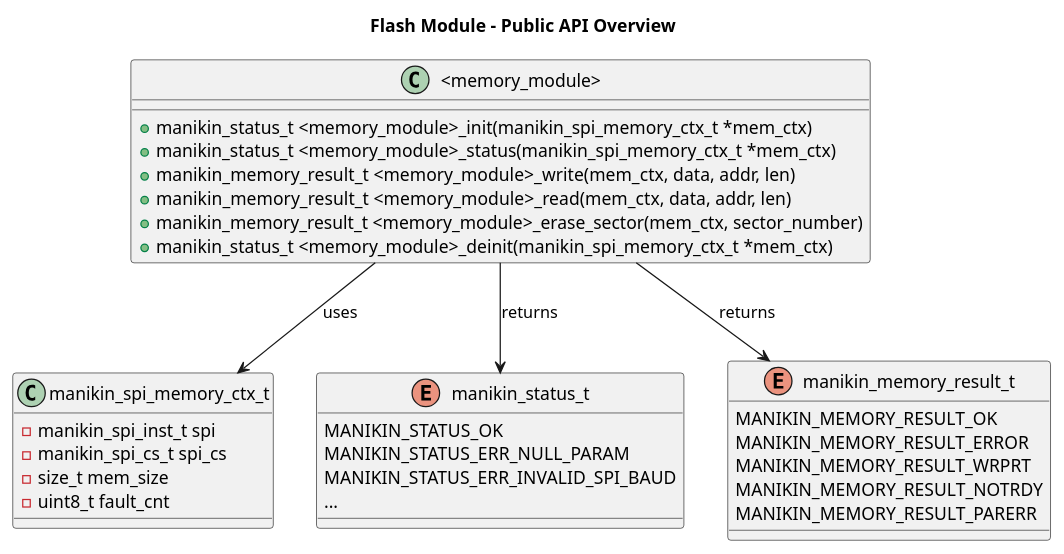
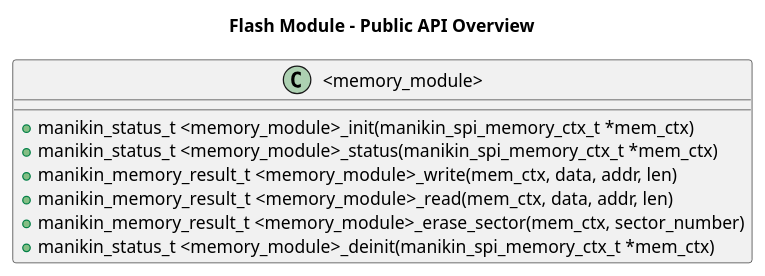
Before and after one commit to RobotPatient/Manikin_Software_Libraries_V3: the diagram in docs/assets/memory_module_api_overview.iuml, drawn with PlantUML. The commit also changed 2 other files, not shown here.

Commit message:
remove types from class diagram

```diff
--- a/docs/assets/memory_module_api_overview.iuml
+++ b/docs/assets/memory_module_api_overview.iuml
@@ -1,43 +1,16 @@
 @startuml
 title Flash Module - Public API Overview
 
 ' --- Flash Module API Class ---
 class "<memory_module>" {
   +manikin_status_t <memory_module>_init(manikin_spi_memory_ctx_t *mem_ctx)
   +manikin_status_t <memory_module>_status(manikin_spi_memory_ctx_t *mem_ctx)
   +manikin_memory_result_t <memory_module>_write(mem_ctx, data, addr, len)
   +manikin_memory_result_t <memory_module>_read(mem_ctx, data, addr, len)
   +manikin_memory_result_t <memory_module>_erase_sector(mem_ctx, sector_number)
   +manikin_status_t <memory_module>_deinit(manikin_spi_memory_ctx_t *mem_ctx)
 }
 
-' --- Context Struct for SPI Flash Memory ---
-class manikin_spi_memory_ctx_t {
-  - manikin_spi_inst_t spi
-  - manikin_spi_cs_t spi_cs
-  - size_t mem_size
-  - uint8_t fault_cnt
-}
-
-' --- Return Types ---
-enum manikin_status_t {
-  MANIKIN_STATUS_OK
-  MANIKIN_STATUS_ERR_NULL_PARAM
-  MANIKIN_STATUS_ERR_INVALID_SPI_BAUD
-  ...
-}
-
-enum manikin_memory_result_t {
-  MANIKIN_MEMORY_RESULT_OK
-  MANIKIN_MEMORY_RESULT_ERROR
-  MANIKIN_MEMORY_RESULT_WRPRT
-  MANIKIN_MEMORY_RESULT_NOTRDY
-  MANIKIN_MEMORY_RESULT_PARERR
-}
-
 '<memory_module> depends on context and return types
-"<memory_module>" --> manikin_spi_memory_ctx_t : uses
-"<memory_module>" --> manikin_status_t : returns
-"<memory_module>" --> manikin_memory_result_t : returns
 
 @enduml
```
